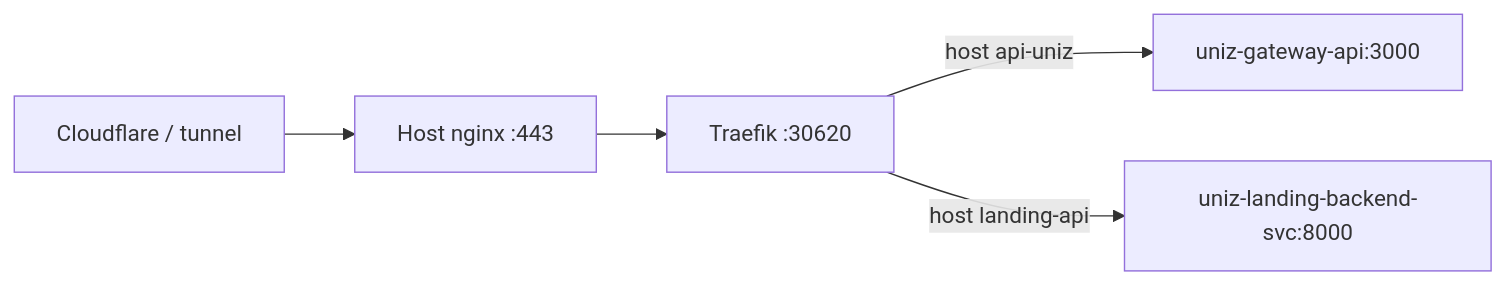
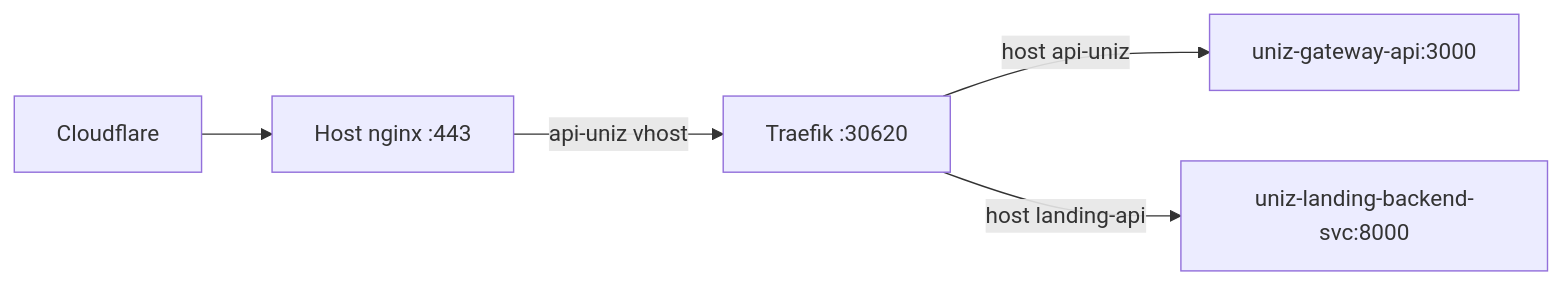
One commit to uniz-rguktong/uniz-master changed the second of 2 diagrams in apps/uniz-docs/system/topology.md. Above: the diagram before and after it, drawn with Mermaid. The commit also changed other lines of this file and 10 other files, not shown here.

````diff
--- a/apps/uniz-docs/system/topology.md
+++ b/apps/uniz-docs/system/topology.md
@@ -65,7 +64,7 @@
 ```mermaid
 flowchart LR
-  CF[Cloudflare / tunnel] --> HostNginx[Host nginx :443]
-  HostNginx --> Traefik[Traefik :30620]
+  CF[Cloudflare] --> HostNginx[Host nginx :443]
+  HostNginx -->|api-uniz vhost| Traefik[Traefik :30620]
   Traefik -->|host api-uniz| GW[uniz-gateway-api:3000]
   Traefik -->|host landing-api| LB[uniz-landing-backend-svc:8000]
 ```
````
